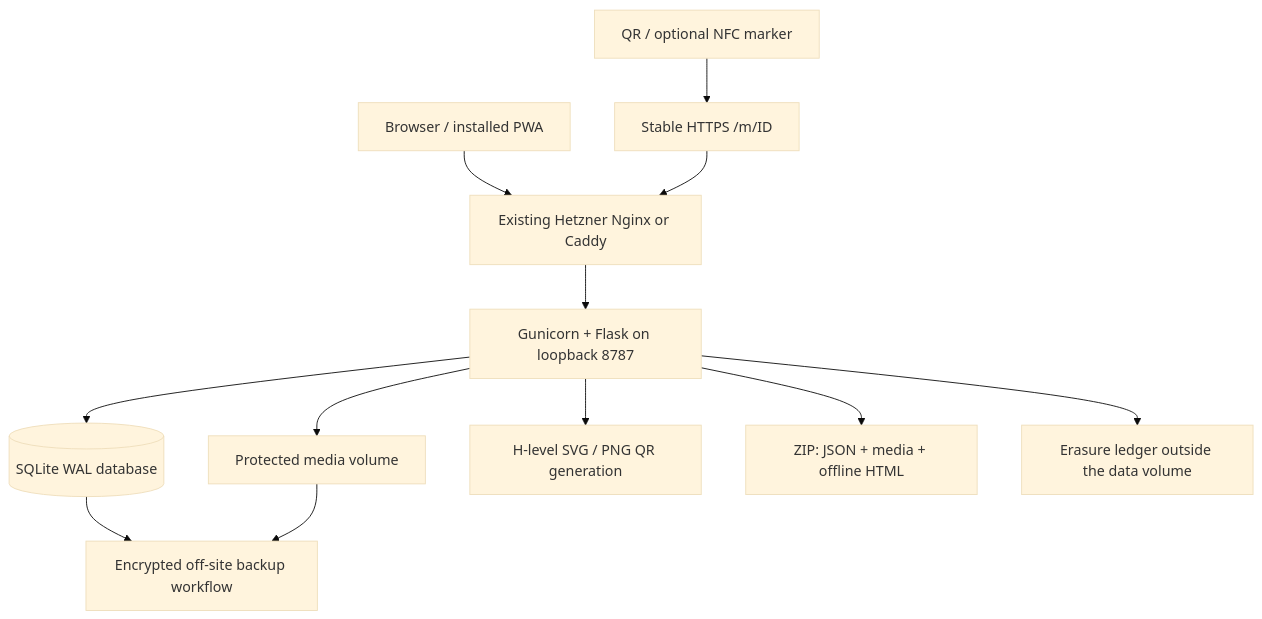
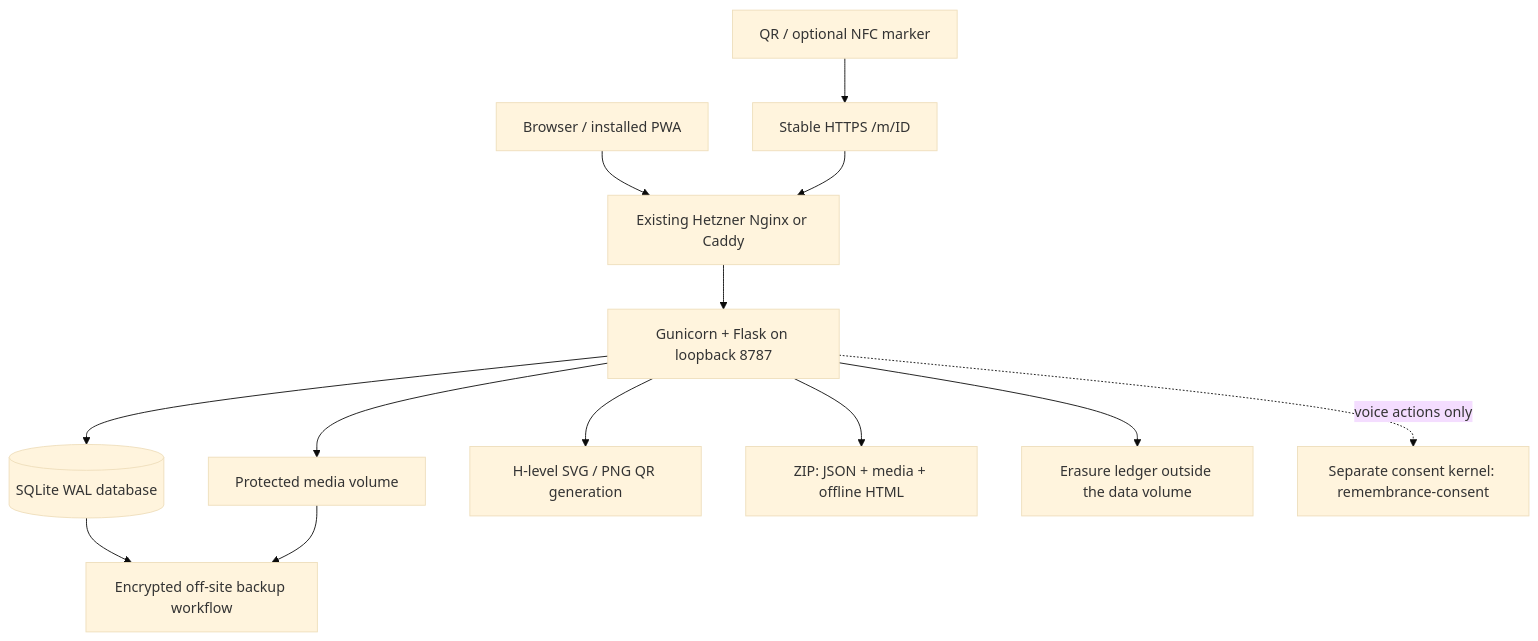
The diagram in remembrance/docs/ARCHITECTURE.md (9x25dillon/The_St), drawn with Mermaid (base theme) before and after one commit. The commit also changed other lines of this file and 11 other files, not shown here.

First line of the commit message:
Route voice consent through the kernel; keep memorial checks local

````diff
--- a/remembrance/docs/ARCHITECTURE.md
+++ b/remembrance/docs/ARCHITECTURE.md
@@ -9,14 +9,15 @@
 ```mermaid
 flowchart TB
     Marker[QR / optional NFC marker] --> URL[Stable HTTPS /m/ID]
     Browser[Browser / installed PWA] --> Proxy[Existing Hetzner Nginx or Caddy]
     URL --> Proxy
     Proxy --> App[Gunicorn + Flask on loopback 8787]
     App --> DB[(SQLite WAL database)]
     App --> Files[Protected media volume]
     App --> QR[H-level SVG / PNG QR generation]
     App --> Export[ZIP: JSON + media + offline HTML]
     App --> Ledger[Erasure ledger outside the data volume]
+    App -. voice actions only .-> Kernel[Separate consent kernel: remembrance-consent]
     DB --> Backup[Encrypted off-site backup workflow]
     Files --> Backup
 ```
````
